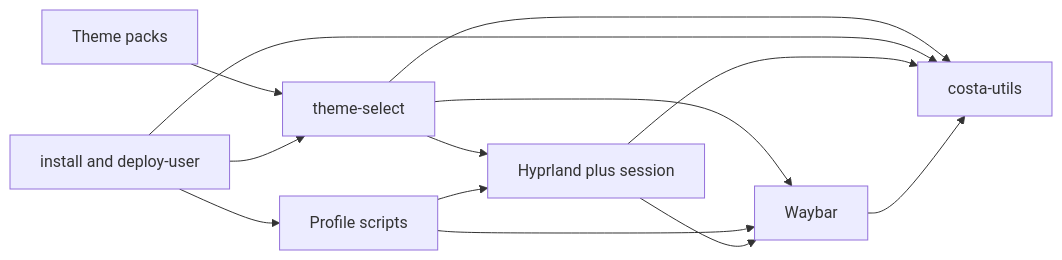
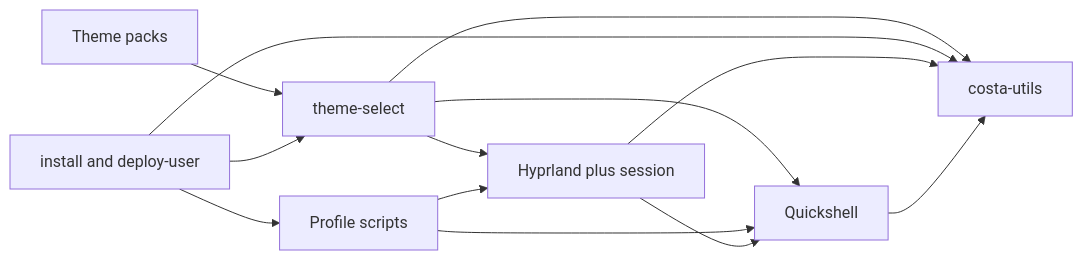
The diagram in INTERFACES.md (tomascosta29/arch-hyprland-installer), drawn with Mermaid before and after one commit. The commit also changed other lines of this file and 46 other files, not shown here.

Commit message:
feat: replace Waybar with Quickshell using shared CSS themes

````diff
--- a/INTERFACES.md
+++ b/INTERFACES.md
@@ -7,23 +7,23 @@
 ```mermaid
 flowchart LR
   themePacks[Theme packs]
   themeSelect[theme-select]
-  waybar[Waybar]
+  quickshell[Quickshell]
   hypr[Hyprland plus session]
   costa[costa-utils]
   profiles[Profile scripts]
   deploy[install and deploy-user]
 
   themePacks --> themeSelect
-  themeSelect --> waybar
+  themeSelect --> quickshell
   themeSelect --> hypr
   themeSelect --> costa
-  profiles --> waybar
+  profiles --> quickshell
   profiles --> hypr
   deploy --> themeSelect
   deploy --> profiles
   deploy --> costa
-  hypr --> waybar
+  hypr --> quickshell
   hypr --> costa
-  waybar --> costa
+  quickshell --> costa
 ```
````
